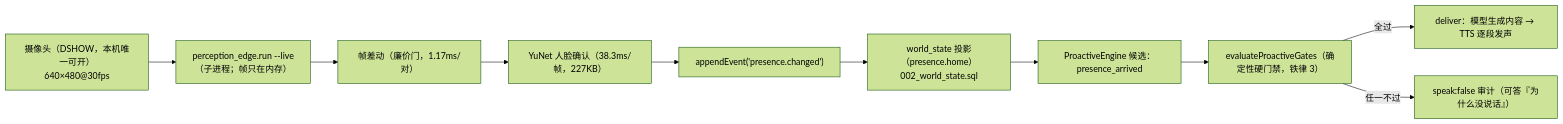
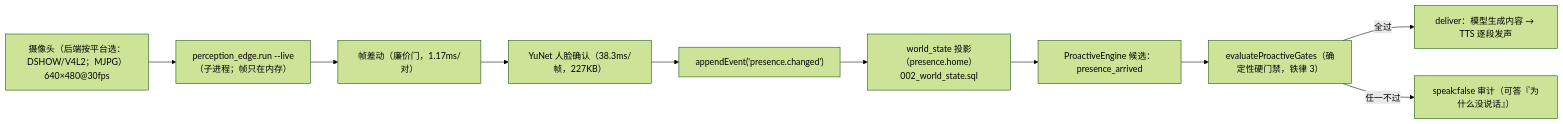
One commit to lienzzzz/xixi_ai changed the fourth of 4 diagrams in docs/architecture.md. Above: the diagram before and after it, drawn with Mermaid (forest theme). The commit also changed 9 other files, not shown here.

````diff
--- a/docs/architecture.md
+++ b/docs/architecture.md
@@ -170,12 +170,12 @@
 ```mermaid
 flowchart LR
-  CAM["摄像头（DSHOW，本机唯一可开）<br/>640×480@30fps"] --> RUN["perception_edge.run --live<br/>（子进程；帧只在内存）"]
+  CAM["摄像头（后端按平台选：DSHOW/V4L2；MJPG）<br/>640×480@30fps"] --> RUN["perception_edge.run --live<br/>（子进程；帧只在内存）"]
   RUN --> FD["帧差动（廉价门，1.17ms/对）"]
   FD --> YN["YuNet 人脸确认（38.3ms/帧，227KB）"]
   YN --> EV["appendEvent('presence.changed')"]
   EV --> WS["world_state 投影（presence.home）<br/>002_world_state.sql"]
   WS --> CAND["ProactiveEngine 候选：presence_arrived"]
   CAND --> GATE["evaluateProactiveGates（确定性硬门禁，铁律 3）"]
   GATE -->|"全过"| DELIVER["deliver：模型生成内容 → TTS 逐段发声"]
   GATE -->|"任一不过"| AUDIT["speak:false 审计（可答『为什么没说话』）"]
 ```
````
